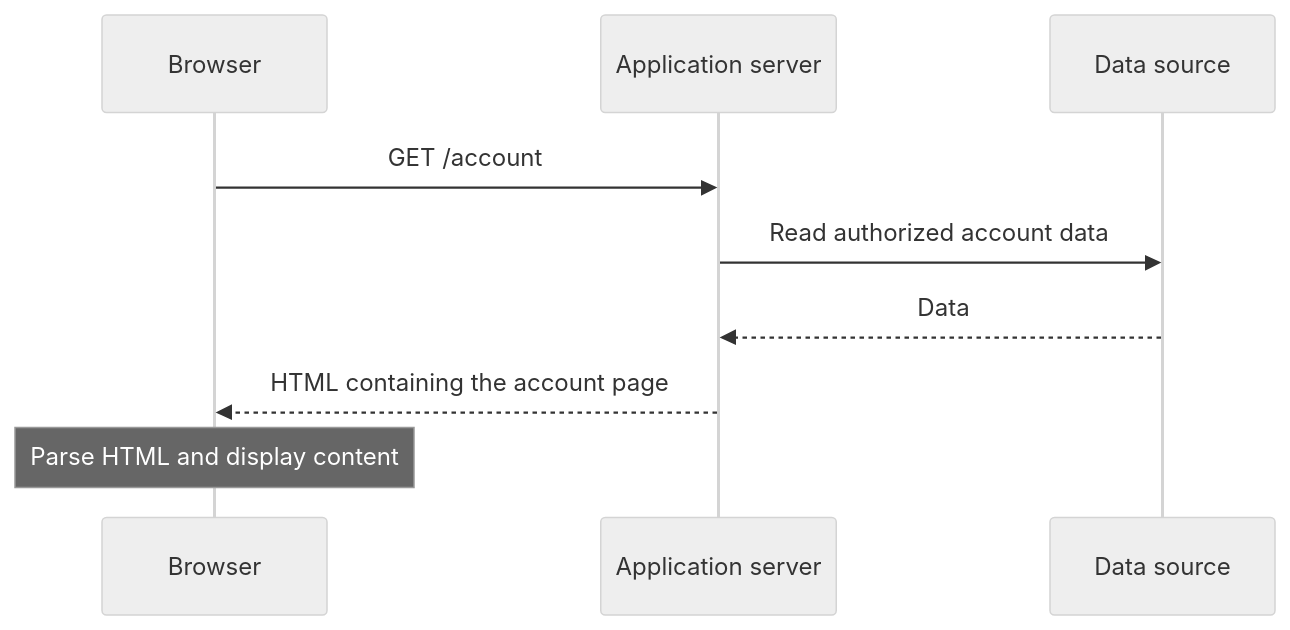
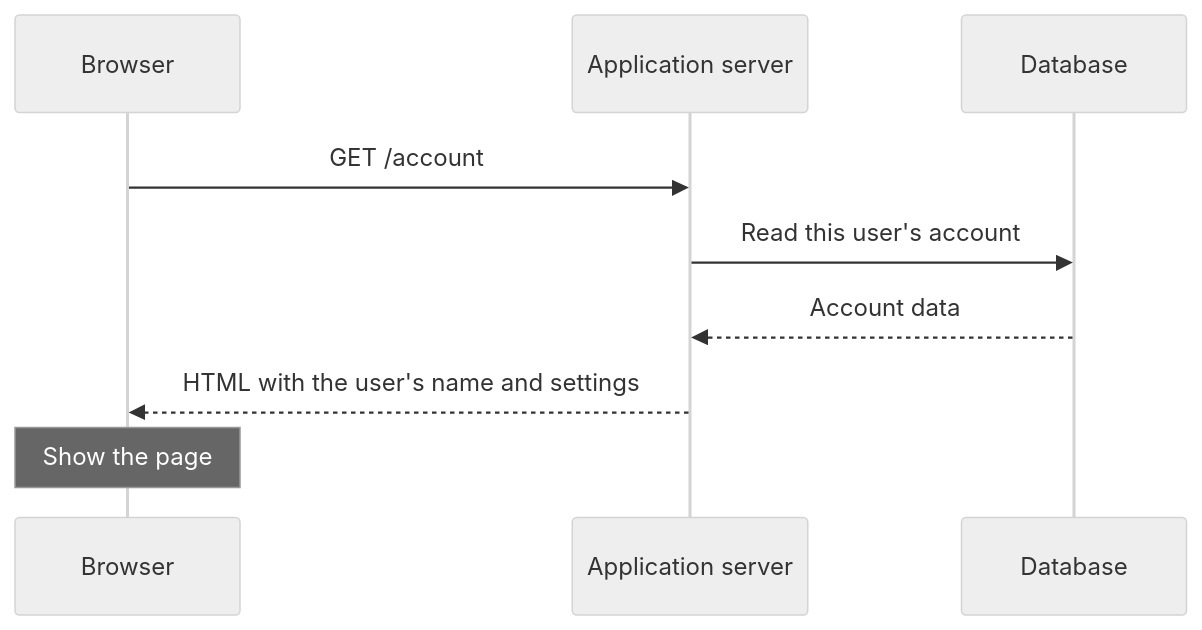
One commit to theo-matzavinos/dump changed the second of 5 diagrams in src/content/blog/html-rendering-methods.md. Above: the diagram before and after it, drawn with Mermaid (neutral theme). The commit also changed other lines of this file and 24 other files, not shown here.

First line of the commit message:
Revise all articles for voice, junior readers, and flow

````diff
--- a/src/content/blog/html-rendering-methods.md
+++ b/src/content/blog/html-rendering-methods.md
@@ -112,11 +119,11 @@
 ```mermaid
 sequenceDiagram
     participant B as Browser
     participant S as Application server
-    participant D as Data source
+    participant D as Database
     B->>S: GET /account
-    S->>D: Read authorized account data
-    D-->>S: Data
-    S-->>B: HTML containing the account page
-    Note over B: Parse HTML and display content
+    S->>D: Read this user's account
+    D-->>S: Account data
+    S-->>B: HTML with the user's name and settings
+    Note over B: Show the page
 ```
````
